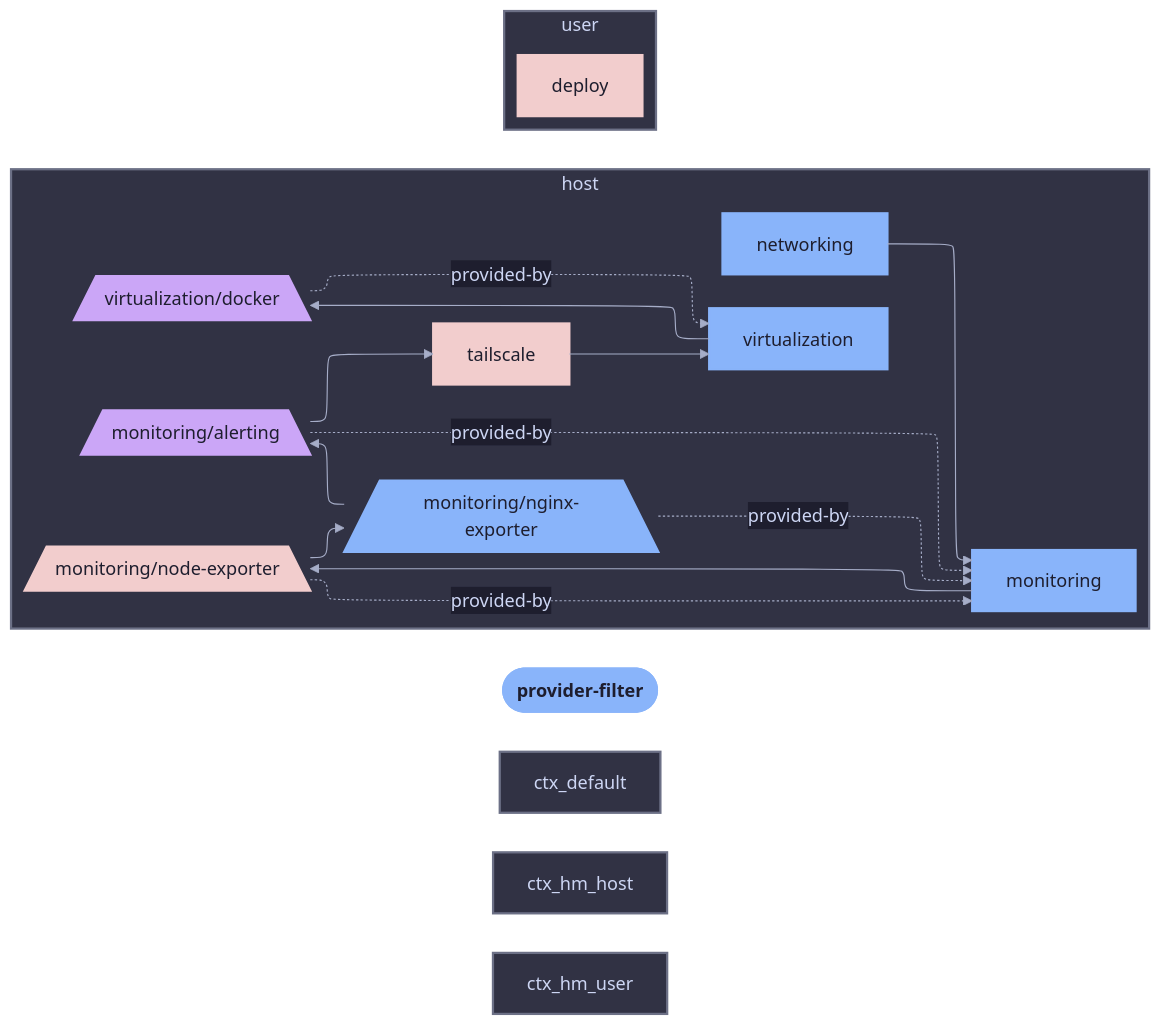
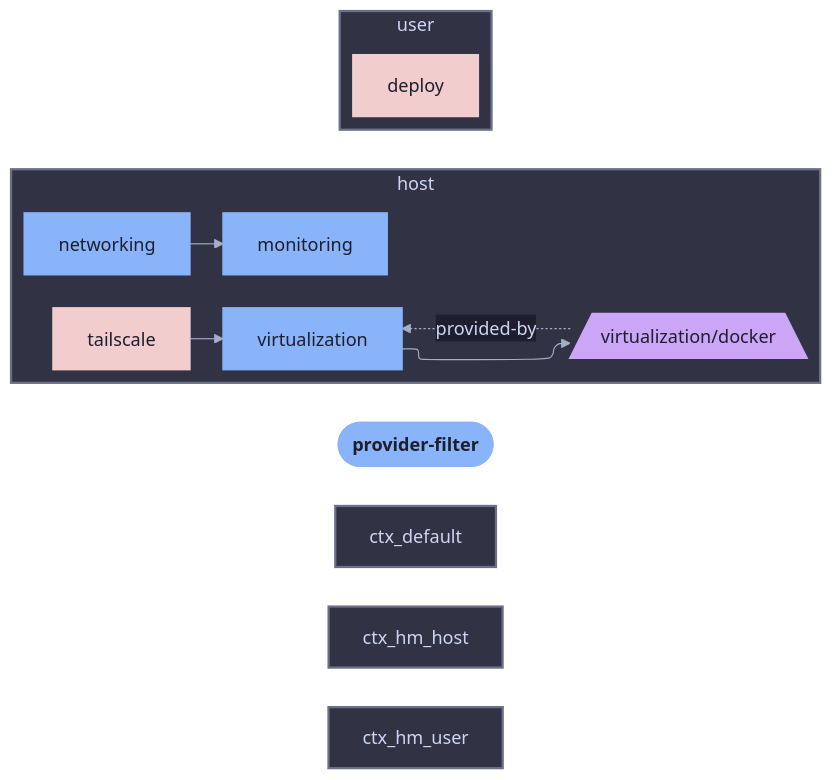
One commit to sini/den changed the diagram in templates/diag-fx-demo/diagrams/provider-filter-declared.md. Above: the diagram before and after it, drawn with Mermaid. The commit also changed 526 other files, not shown here.

Commit message:
chore: update fx diagrams

````diff
--- a/templates/diag-fx-demo/diagrams/provider-filter-declared.md
+++ b/templates/diag-fx-demo/diagrams/provider-filter-declared.md
@@ -5,49 +5,36 @@
 ```mermaid
 %%{init: {"elk":{"mergeEdges":true,"nodePlacementStrategy":"BRANDES_KOEPF"},"layout":"elk","theme":"base","themeVariables":{"activationBkgColor":"#313244","activationBorderColor":"#6c7086","actorBkg":"#313244","actorBorder":"#a6adc8","actorLineColor":"#a6adc8","actorTextColor":"#cdd6f4","background":"#1e1e2e","classText":"#cdd6f4","clusterBkg":"#313244","clusterBorder":"#6c7086","edgeLabelBackground":"#1e1e2e","labelBoxBkgColor":"#313244","labelBoxBorderColor":"#a6adc8","labelTextColor":"#cdd6f4","lineColor":"#a6adc8","loopTextColor":"#cdd6f4","mainBkg":"#313244","nodeBkg":"#313244","nodeBorder":"#a6adc8","nodeTextColor":"#cdd6f4","noteBkgColor":"#313244","noteBorderColor":"#6c7086","noteTextColor":"#cdd6f4","pie1":"#f38ba8","pie2":"#fab387","pie3":"#f9e2af","pie4":"#a6e3a1","pie5":"#94e2d5","pie6":"#89b4fa","pie7":"#cba6f7","pie8":"#f2cdcd","pieLegendTextColor":"#cdd6f4","pieOuterStrokeColor":"#6c7086","pieSectionTextColor":"#cdd6f4","pieStrokeColor":"#6c7086","pieTitleTextColor":"#cdd6f4","primaryBorderColor":"#a6adc8","primaryColor":"#313244","primaryTextColor":"#cdd6f4","secondBkg":"#313244","secondaryBorderColor":"#6c7086","secondaryColor":"#313244","secondaryTextColor":"#cdd6f4","sequenceNumberColor":"#1e1e2e","signalColor":"#a6adc8","signalTextColor":"#cdd6f4","tertiaryBorderColor":"#6c7086","tertiaryColor":"#313244","tertiaryTextColor":"#cdd6f4","textColor":"#cdd6f4","titleColor":"#cdd6f4"}}}%%
 graph LR
   provider_filter([provider-filter]):::root
 
   subgraph ctx_host["host"]
-  monitoring__alerting[/"monitoring/alerting"\]:::monitoring__alerting_c
   virtualization__docker[/"virtualization/docker"\]:::virtualization__docker_c
   monitoring["monitoring"]:::monitoring_c
   networking["networking"]:::networking_c
-  monitoring__nginx_exporter[/"monitoring/nginx-exporter"\]:::monitoring__nginx_exporter_c
-  monitoring__node_exporter[/"monitoring/node-exporter"\]:::monitoring__node_exporter_c
   tailscale["tailscale"]:::tailscale_c
   virtualization["virtualization"]:::virtualization_c
-  monitoring --> monitoring__node_exporter
-  monitoring__alerting --> tailscale
-  monitoring__nginx_exporter --> monitoring__alerting
-  monitoring__node_exporter --> monitoring__nginx_exporter
   networking --> monitoring
   tailscale --> virtualization
   virtualization --> virtualization__docker
-  monitoring__node_exporter -.->|provided-by| monitoring
-  monitoring__nginx_exporter -.->|provided-by| monitoring
-  monitoring__alerting -.->|provided-by| monitoring
   virtualization__docker -.->|provided-by| virtualization
   end
   subgraph ctx_user["user"]
   deploy["deploy"]:::deploy_c
 
   end
 
 
   classDef root fill:#89b4fa,stroke:#89b4fa,color:#1e1e2e,font-weight:bold
-  classDef monitoring__alerting_c fill:#cba6f7,stroke:#cba6f7,color:#1e1e2e,stroke-width:2px
   classDef deploy_c fill:#f2cdcd,stroke:#f2cdcd,color:#1e1e2e,stroke-width:2px
   classDef virtualization__docker_c fill:#cba6f7,stroke:#cba6f7,color:#1e1e2e,stroke-width:2px
   classDef monitoring_c fill:#89b4fa,stroke:#89b4fa,color:#1e1e2e,stroke-width:2px
   classDef networking_c fill:#89b4fa,stroke:#89b4fa,color:#1e1e2e,stroke-width:2px
-  classDef monitoring__nginx_exporter_c fill:#89b4fa,stroke:#89b4fa,color:#1e1e2e,stroke-width:2px
-  classDef monitoring__node_exporter_c fill:#f2cdcd,stroke:#f2cdcd,color:#1e1e2e,stroke-width:2px
   classDef provider_filter_c fill:#89b4fa,stroke:#89b4fa,color:#1e1e2e,stroke-width:3px
   classDef tailscale_c fill:#f2cdcd,stroke:#f2cdcd,color:#1e1e2e,stroke-width:2px
   classDef virtualization_c fill:#89b4fa,stroke:#89b4fa,color:#1e1e2e,stroke-width:2px
 style ctx_host fill:#313244,stroke:#6c7086,stroke-width:2px
 style ctx_default fill:#313244,stroke:#6c7086,stroke-width:2px
 style ctx_hm_host fill:#313244,stroke:#6c7086,stroke-width:2px
 style ctx_hm_user fill:#313244,stroke:#6c7086,stroke-width:2px
 style ctx_user fill:#313244,stroke:#6c7086,stroke-width:2px
 ```
````
